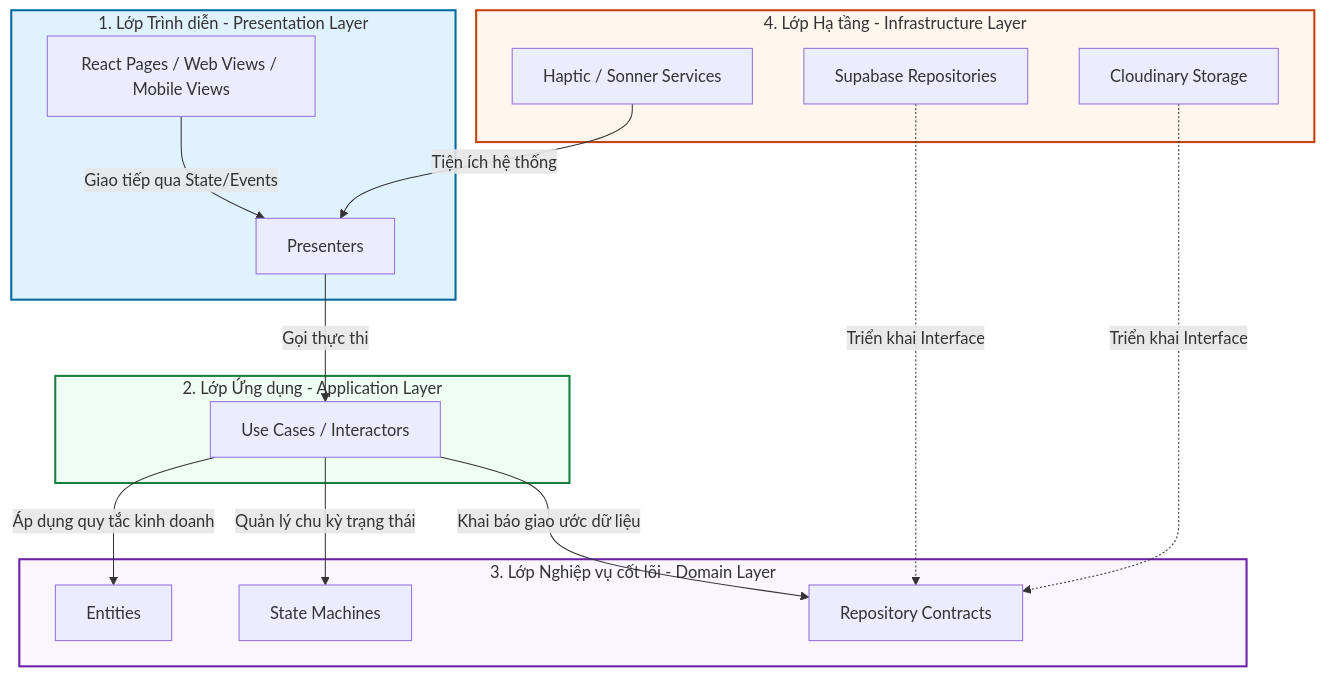
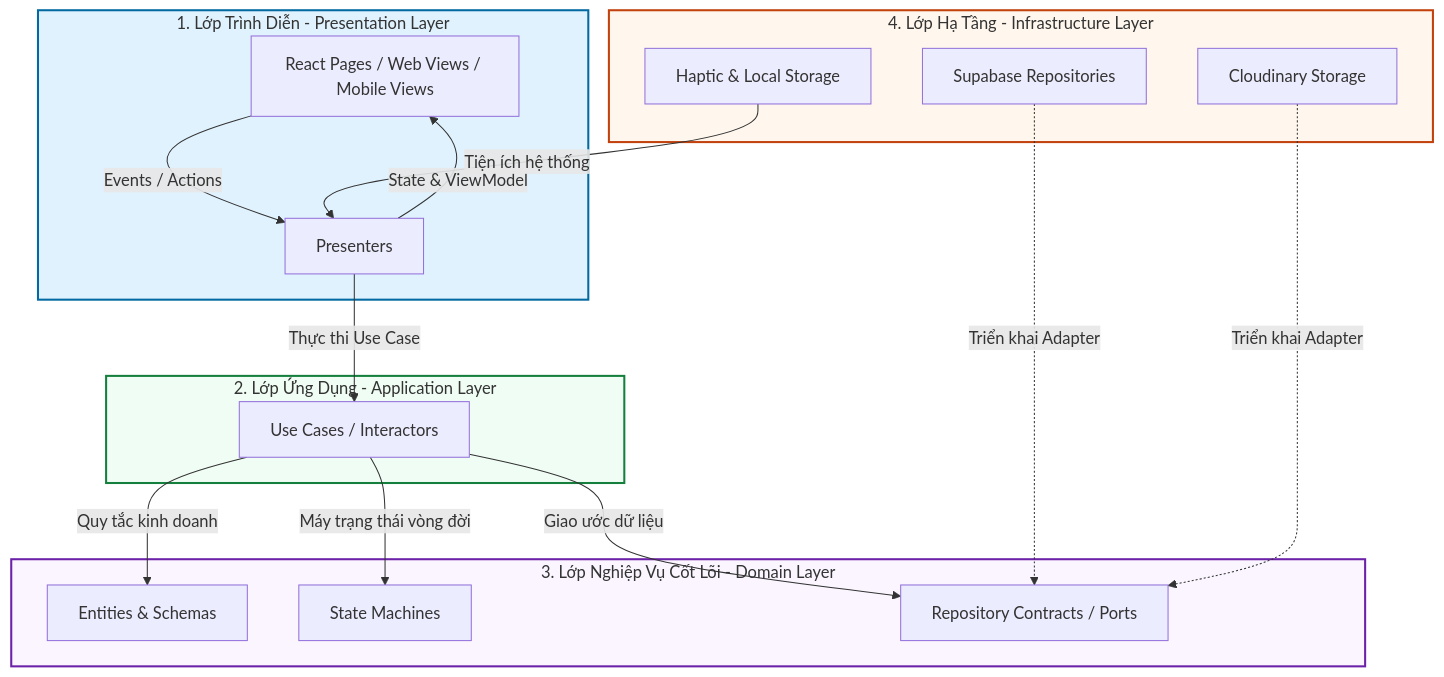
One commit to hoaivu015/vehicle-management changed the first of 2 diagrams in MODULE_MAP.md. Above: the diagram before and after it, drawn with Mermaid. The commit also changed other lines of this file and 113 other files, not shown here.

Commit message:
refactor(core): hoan thien clean architecture, tach module va bo sung comprehensive test suite

````diff
--- a/MODULE_MAP.md
+++ b/MODULE_MAP.md
@@ -13,27 +10,28 @@
 ```mermaid
 graph TD
-    subgraph PRESENTATION_LAYER [1. Lớp Trình diễn - Presentation Layer]
-        A1[React Pages / Web Views / Mobile Views] -->|Giao tiếp qua State/Events| A2[Presenters]
+    subgraph PRESENTATION_LAYER [1. Lớp Trình Diễn - Presentation Layer]
+        A1[React Pages / Web Views / Mobile Views] -->|Events / Actions| A2[Presenters]
+        A2 -->|State & ViewModel| A1
     end
 
-    subgraph APPLICATION_LAYER [2. Lớp Ứng dụng - Application Layer]
-        A2 -->|Gọi thực thi| B1[Use Cases / Interactors]
+    subgraph APPLICATION_LAYER [2. Lớp Ứng Dụng - Application Layer]
+        A2 -->|Thực thi Use Case| B1[Use Cases / Interactors]
     end
 
-    subgraph DOMAIN_LAYER [3. Lớp Nghiệp vụ cốt lõi - Domain Layer]
-        B1 -->|Áp dụng quy tắc kinh doanh| C1[Entities]
-        B1 -->|Quản lý chu kỳ trạng thái| C2[State Machines]
-        B1 -->|Khai báo giao ước dữ liệu| C3[Repository Contracts]
+    subgraph DOMAIN_LAYER [3. Lớp Nghiệp Vụ Cốt Lõi - Domain Layer]
+        B1 -->|Quy tắc kinh doanh| C1[Entities & Schemas]
+        B1 -->|Máy trạng thái vòng đời| C2[State Machines]
+        B1 -->|Giao ước dữ liệu| C3[Repository Contracts / Ports]
     end
 
-    subgraph INFRASTRUCTURE_LAYER [4. Lớp Hạ tầng - Infrastructure Layer]
-        D1[Supabase Repositories] -.->|Triển khai Interface| C3
-        D2[Cloudinary Storage] -.->|Triển khai Interface| C3
-        D3[Haptic / Sonner Services] -->|Tiện ích hệ thống| A2
+    subgraph INFRASTRUCTURE_LAYER [4. Lớp Hạ Tầng - Infrastructure Layer]
+        D1[Supabase Repositories] -.->|Triển khai Adapter| C3
+        D2[Cloudinary Storage] -.->|Triển khai Adapter| C3
+        D3[Haptic & Local Storage] -->|Tiện ích hệ thống| A2
     end
 
     style PRESENTATION_LAYER fill:#e0f2fe,stroke:#0369a1,stroke-width:2px
     style APPLICATION_LAYER fill:#f0fdf4,stroke:#15803d,stroke-width:2px
     style DOMAIN_LAYER fill:#faf5ff,stroke:#6b21a8,stroke-width:2px
     style INFRASTRUCTURE_LAYER fill:#fff7ed,stroke:#c2410c,stroke-width:2px
 ```
````
